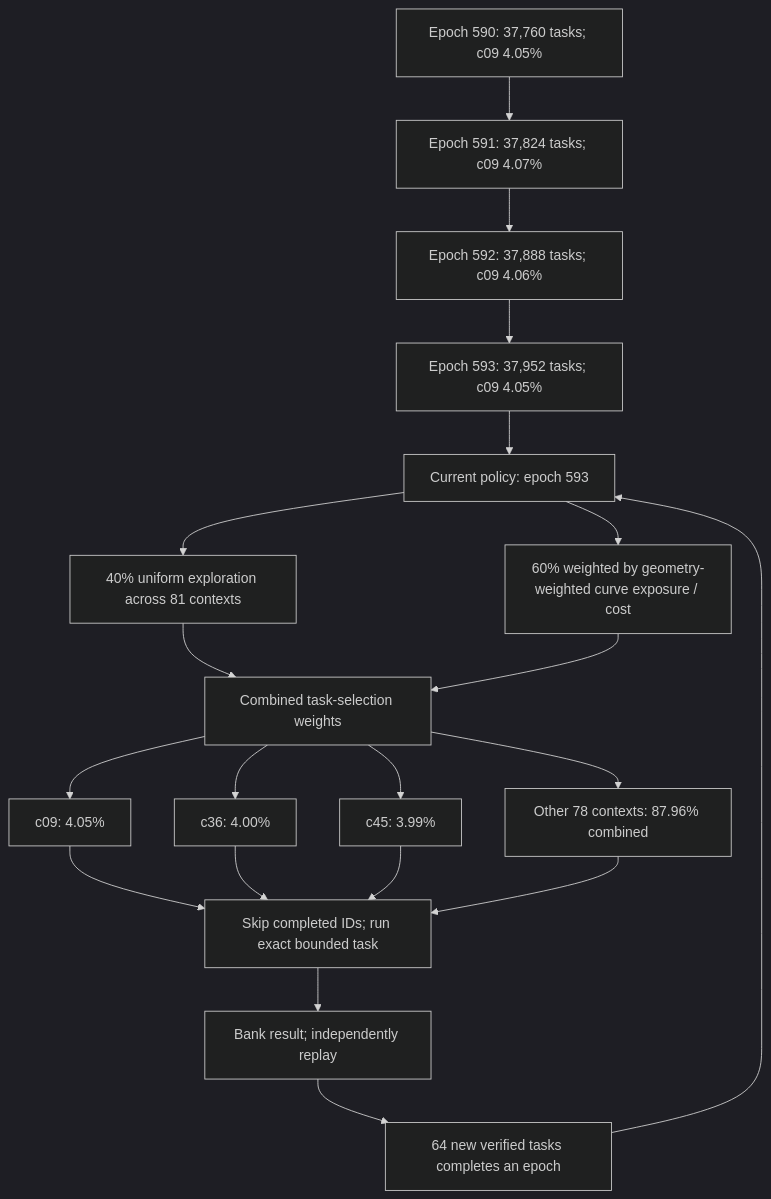
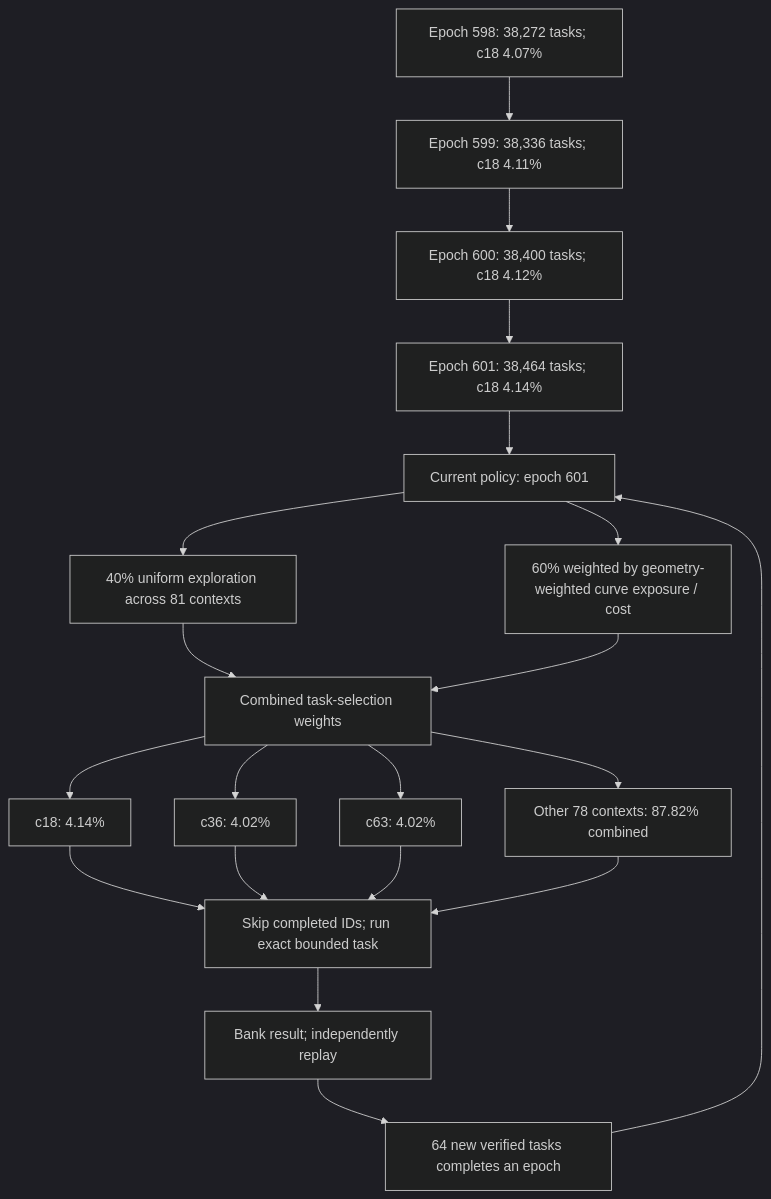
The first of 3 diagrams in README.md (Kuberwastaken/math-gambling), drawn with Mermaid (dark theme) before and after one commit. The commit also changed other lines of this file and 1139 other files, not shown here.

````diff
--- a/README.md
+++ b/README.md
@@ -55,27 +55,27 @@
 ```mermaid
 flowchart TD
-    H0["Epoch 590: 37,760 tasks; c09 4.05%"]
-    H1["Epoch 591: 37,824 tasks; c09 4.07%"]
+    H0["Epoch 598: 38,272 tasks; c18 4.07%"]
+    H1["Epoch 599: 38,336 tasks; c18 4.11%"]
     H0 --> H1
-    H2["Epoch 592: 37,888 tasks; c09 4.06%"]
+    H2["Epoch 600: 38,400 tasks; c18 4.12%"]
     H1 --> H2
-    H3["Epoch 593: 37,952 tasks; c09 4.05%"]
+    H3["Epoch 601: 38,464 tasks; c18 4.14%"]
     H2 --> H3
-    Policy["Current policy: epoch 593"]
+    Policy["Current policy: epoch 601"]
     H3 --> Policy
     Policy --> Explore["40% uniform exploration across 81 contexts"]
     Policy --> Cost["60% weighted by geometry-weighted curve exposure / cost"]
     Explore --> Mix["Combined task-selection weights"]
     Cost --> Mix
-    Mix --> C0["c09: 4.05%"]
-    Mix --> C1["c36: 4.00%"]
-    Mix --> C2["c45: 3.99%"]
-    Mix --> Rest["Other 78 contexts: 87.96% combined"]
+    Mix --> C0["c18: 4.14%"]
+    Mix --> C1["c36: 4.02%"]
+    Mix --> C2["c63: 4.02%"]
+    Mix --> Rest["Other 78 contexts: 87.82% combined"]
     C0 --> Check["Skip completed IDs; run exact bounded task"]
     C1 --> Check
     C2 --> Check
     Rest --> Check
     Check --> Replay["Bank result; independently replay"]
     Replay --> Gate["64 new verified tasks completes an epoch"]
     Gate --> Policy
 ```
````
